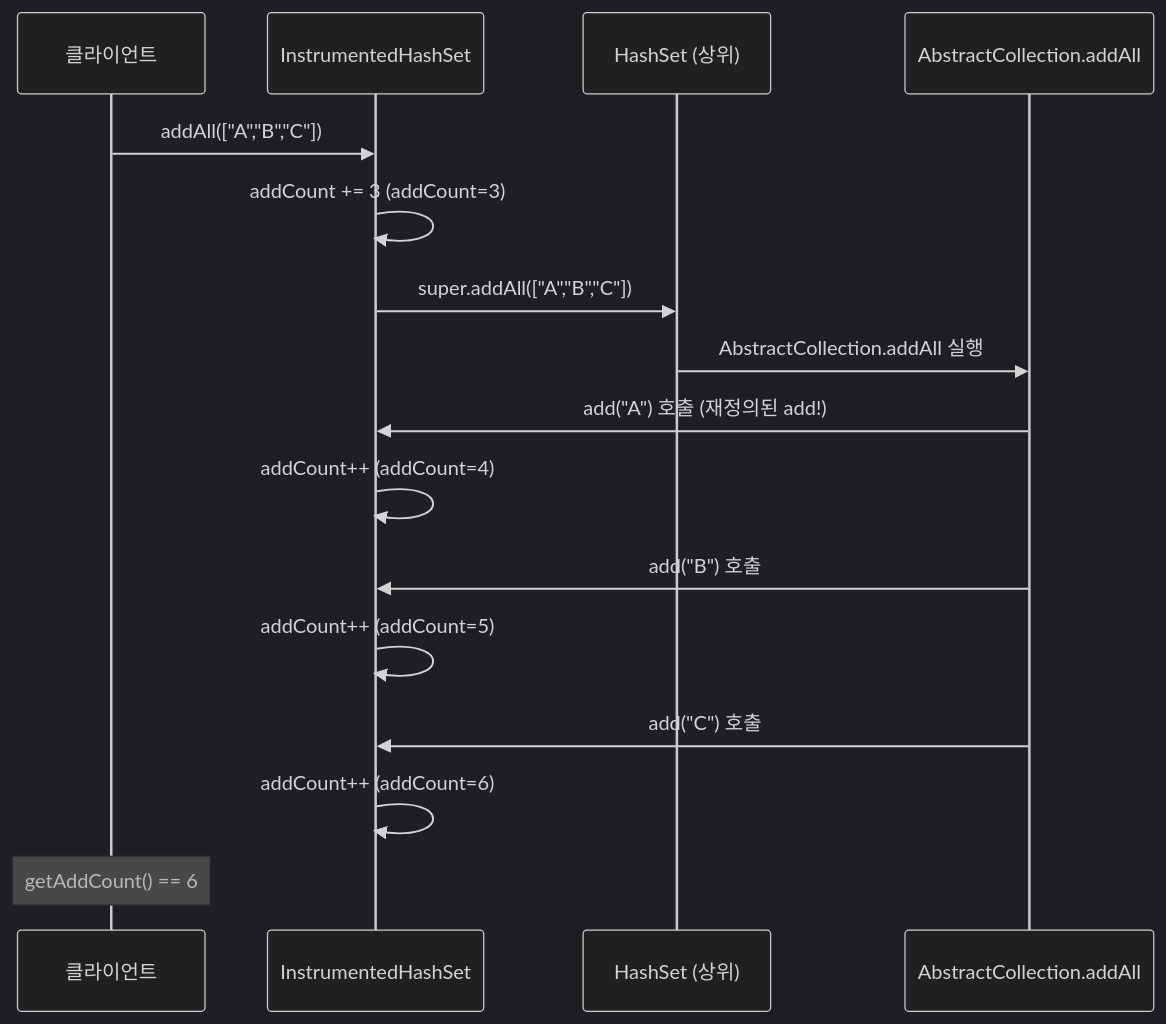
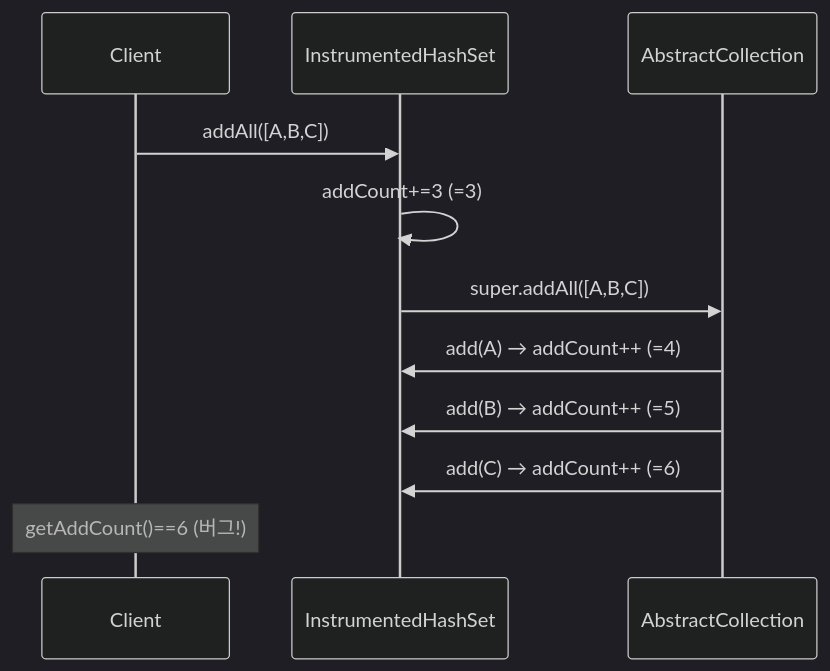
Before and after one commit to yjkim2015/yjkim2015.github.io: the second of 4 diagrams in _posts/java/2022-01-03-effective-java18.md, drawn with Mermaid (dark theme). The commit also changed 215 other files, not shown here.

First line of the commit message:
신규 포스트 10개 추가 + Mermaid 전면 축소 + SystemDesign 시리즈 보강

````diff
--- a/_posts/java/2022-01-03-effective-java18.md
+++ b/_posts/java/2022-01-03-effective-java18.md
@@ -65,19 +65,13 @@
 ```mermaid
 sequenceDiagram
-    participant Client as 클라이언트
+    participant C as Client
     participant IHS as InstrumentedHashSet
-    participant HS as HashSet (상위)
-    participant AC as AbstractCollection.addAll
-
-    Client->>IHS: addAll(["A","B","C"])
-    IHS->>IHS: addCount += 3 (addCount=3)
-    IHS->>HS: super.addAll(["A","B","C"])
-    HS->>AC: AbstractCollection.addAll 실행
-    AC->>IHS: add("A") 호출 (재정의된 add!)
-    IHS->>IHS: addCount++ (addCount=4)
-    AC->>IHS: add("B") 호출
-    IHS->>IHS: addCount++ (addCount=5)
-    AC->>IHS: add("C") 호출
-    IHS->>IHS: addCount++ (addCount=6)
-    Note over Client: getAddCount() == 6
+    participant AC as AbstractCollection
+    C->>IHS: addAll([A,B,C])
+    IHS->>IHS: addCount+=3 (=3)
+    IHS->>AC: super.addAll([A,B,C])
+    AC->>IHS: add(A) → addCount++ (=4)
+    AC->>IHS: add(B) → addCount++ (=5)
+    AC->>IHS: add(C) → addCount++ (=6)
+    Note over C: getAddCount()==6 (버그!)
 ```
````
